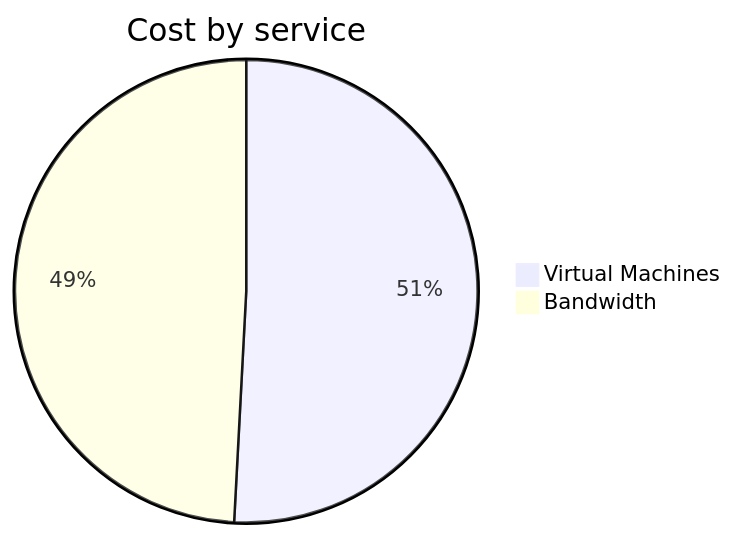
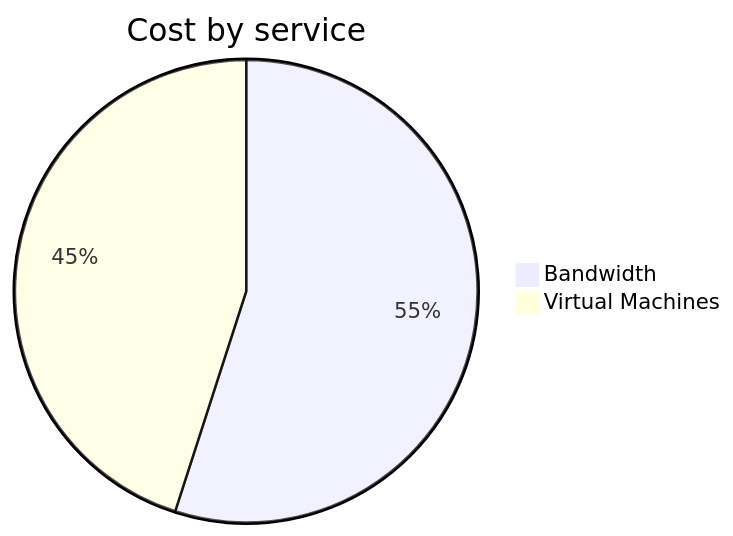
One commit to jpfulton/azure-personal-reports changed the second of 4 diagrams in cost-reports/personal-network/vpn-server.md. Above: the diagram before and after it, drawn with Mermaid. The commit also changed other lines of this file and 8 other files, not shown here.

````diff
--- a/cost-reports/personal-network/vpn-server.md
+++ b/cost-reports/personal-network/vpn-server.md
@@ -94,6 +94,6 @@
 ```mermaid
 pie
    title Cost by service
-   "Virtual Machines" : 0.61
-   "Bandwidth" : 0.59
+   "Bandwidth" : 0.94
+   "Virtual Machines" : 0.77
 ```
````
